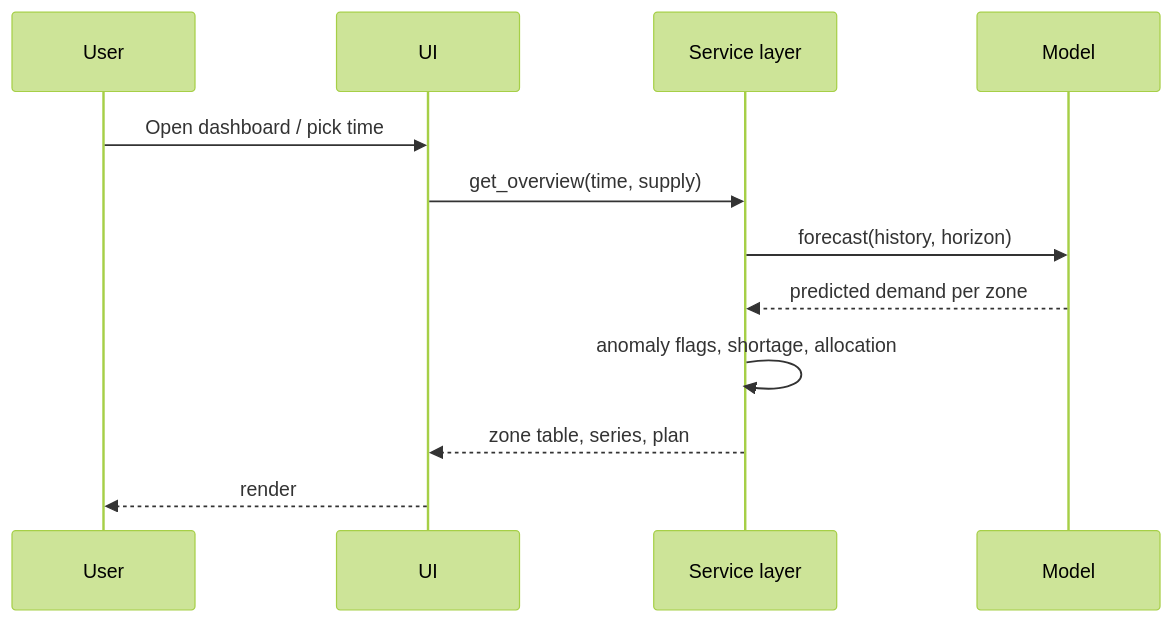
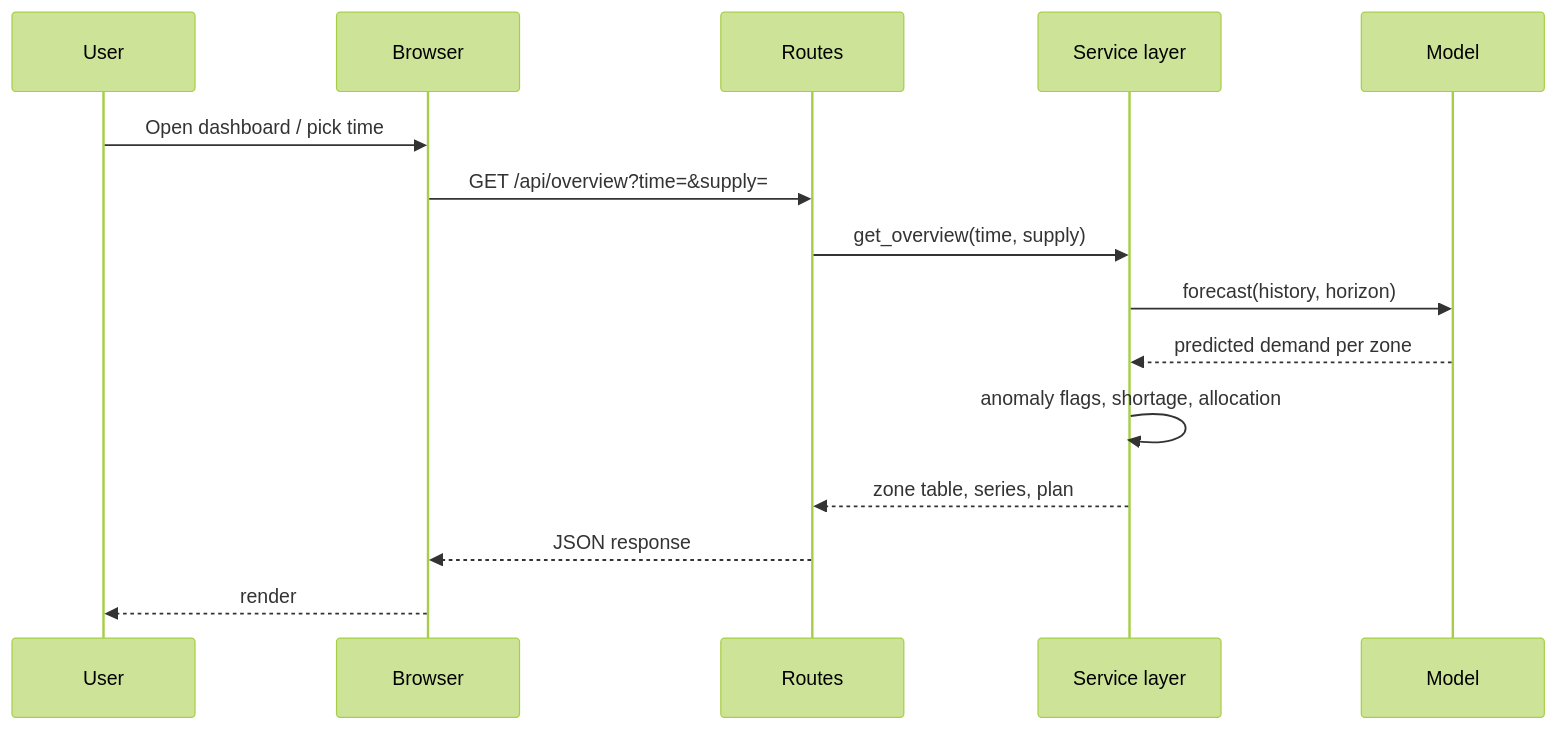
One commit to Omkale3827/jalsetu changed the third of 3 diagrams in ARCHITECTURE.md. Above: the diagram before and after it, drawn with Mermaid (forest theme). The commit also changed other lines of this file and 5 other files, not shown here.

Commit message:
docs: update architecture, tech spec, design system, agents, and tasks to reflect Flask web framework (decision D-1)

````diff
--- a/ARCHITECTURE.md
+++ b/ARCHITECTURE.md
@@ -83,14 +83,17 @@
 ```mermaid
 sequenceDiagram
     participant U as User
-    participant UI as UI
+    participant B as Browser
+    participant R as Routes
     participant S as Service layer
     participant M as Model
-    U->>UI: Open dashboard / pick time
-    UI->>S: get_overview(time, supply)
+    U->>B: Open dashboard / pick time
+    B->>R: GET /api/overview?time=&supply=
+    R->>S: get_overview(time, supply)
     S->>M: forecast(history, horizon)
     M-->>S: predicted demand per zone
     S->>S: anomaly flags, shortage, allocation
-    S-->>UI: zone table, series, plan
-    UI-->>U: render
+    S-->>R: zone table, series, plan
+    R-->>B: JSON response
+    B-->>U: render
 ```
````
